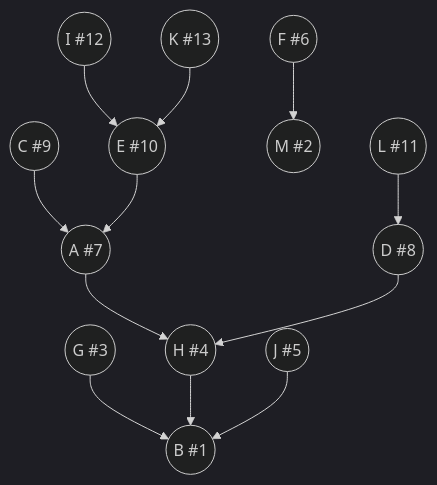
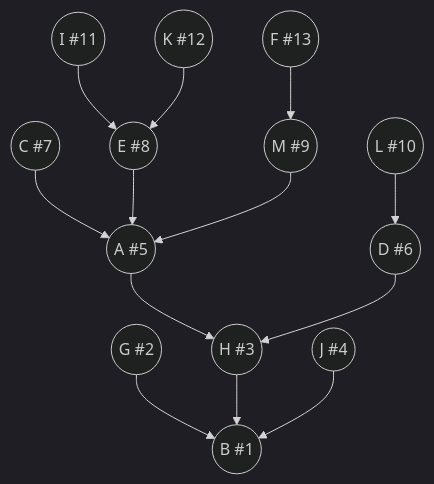
Before and after one commit to hse-algo-psapr-25/manual-tasks: the first of 2 diagrams in Задание 10/CopyPaste.md, drawn with Mermaid (dark theme). The commit also changed other lines of this file, not shown here.

Commit message:
fix|feat: fix graph; add draft of gantt

````diff
--- a/Задание 10/CopyPaste.md
+++ b/Задание 10/CopyPaste.md
@@ -22,14 +22,15 @@
 ```mermaid
 graph TB
-A((A #7))-->H
-C((C #9))-->A
-D((D #8))-->H
-E((E #10))-->A
-F((F #6))-->M((M #2))
-G((G #3))-->B((B #1))
-H((H #4))-->B
-I((I #12))-->E
-J((J #5))-->B
-K((K #13))-->E
-L((L #11))-->D
+A((A #5))-->H
+C((C #7))-->A
+D((D #6))-->H
+E((E #8))-->A
+F((F #13))-->M
+G((G #2))-->B((B #1))
+H((H #3))-->B
+I((I #11))-->E
+J((J #4))-->B
+K((K #12))-->E
+L((L #10))-->D
+M((M #9))-->A
 ```
````
